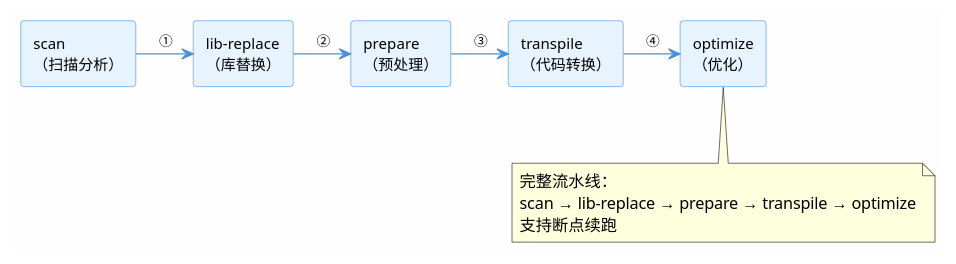
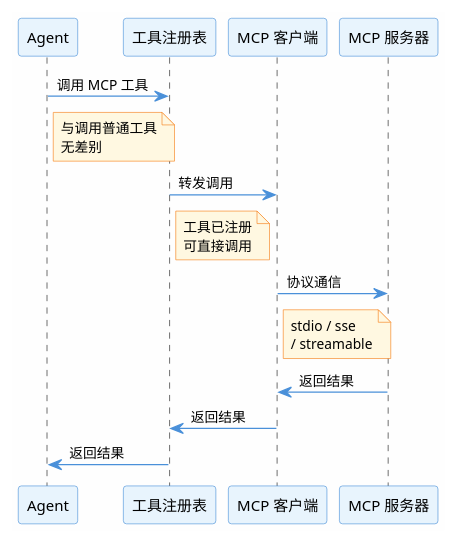
Before and after one commit to skyfireitdiy/Jarvis: diagram 27 of 28 in docs/competition/collaboration_modes.md, drawn with PlantUML. The commit also changed other lines of this file and 14 other files, not shown here.

````diff
--- a/docs/competition/collaboration_modes.md
+++ b/docs/competition/collaboration_modes.md
@@ -1617,32 +1912,43 @@
 ```plantuml
 @startuml
-skinparam componentStyle rectangle
 skinparam backgroundColor #FEFEFE
-skinparam component {
+skinparam participant {
   BackgroundColor #E8F4FD
   BorderColor #4A90D9
   FontSize 12
 }
 skinparam arrow {
   Color #4A90D9
   FontSize 11
 }
+skinparam note {
+  BackgroundColor #FFF8E1
+  BorderColor #F57F17
+  FontSize 11
+}
 
-component "scan\n（扫描分析）" as scan
-component "lib-replace\n（库替换）" as lib
-component "prepare\n（预处理）" as prep
-component "transpile\n（代码转换）" as trans
-component "optimize\n（优化）" as opt
+participant "Agent" as agent
+participant "工具注册表" as registry
+participant "MCP 客户端" as client
+participant "MCP 服务器" as server
 
-scan -right-> lib : ①
-lib -right-> prep : ②
-prep -right-> trans : ③
-trans -right-> opt : ④
-
-note bottom of opt
-  完整流水线：
-  scan → lib-replace → prepare → transpile → optimize
-  支持断点续跑
+agent -> registry : 调用 MCP 工具
+note right of agent
+  与调用普通工具
+  无差别
 end note
+registry -> client : 转发调用
+note right of registry
+  工具已注册
+  可直接调用
+end note
+client -> server : 协议通信
+note right of client
+  stdio / sse
+  / streamable
+end note
+server -> client : 返回结果
+client -> registry : 返回结果
+registry -> agent : 返回结果
 @enduml
 ```
````
